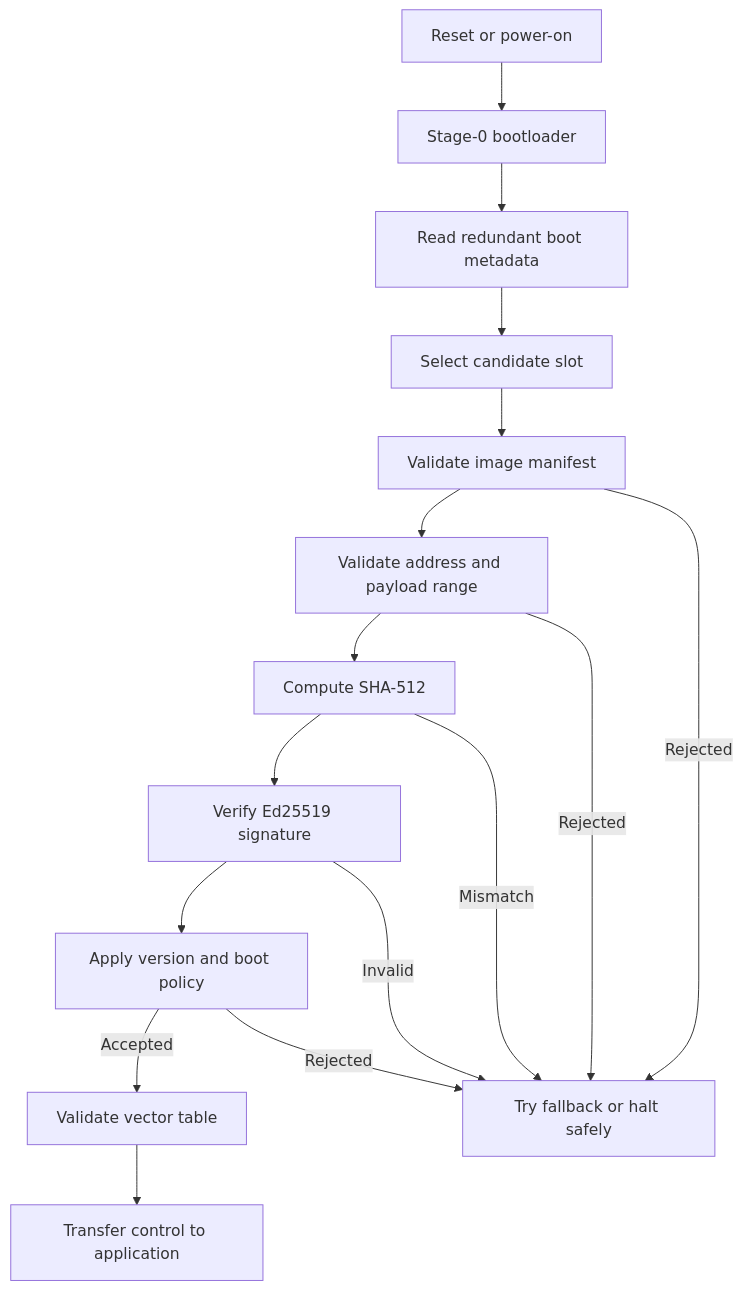
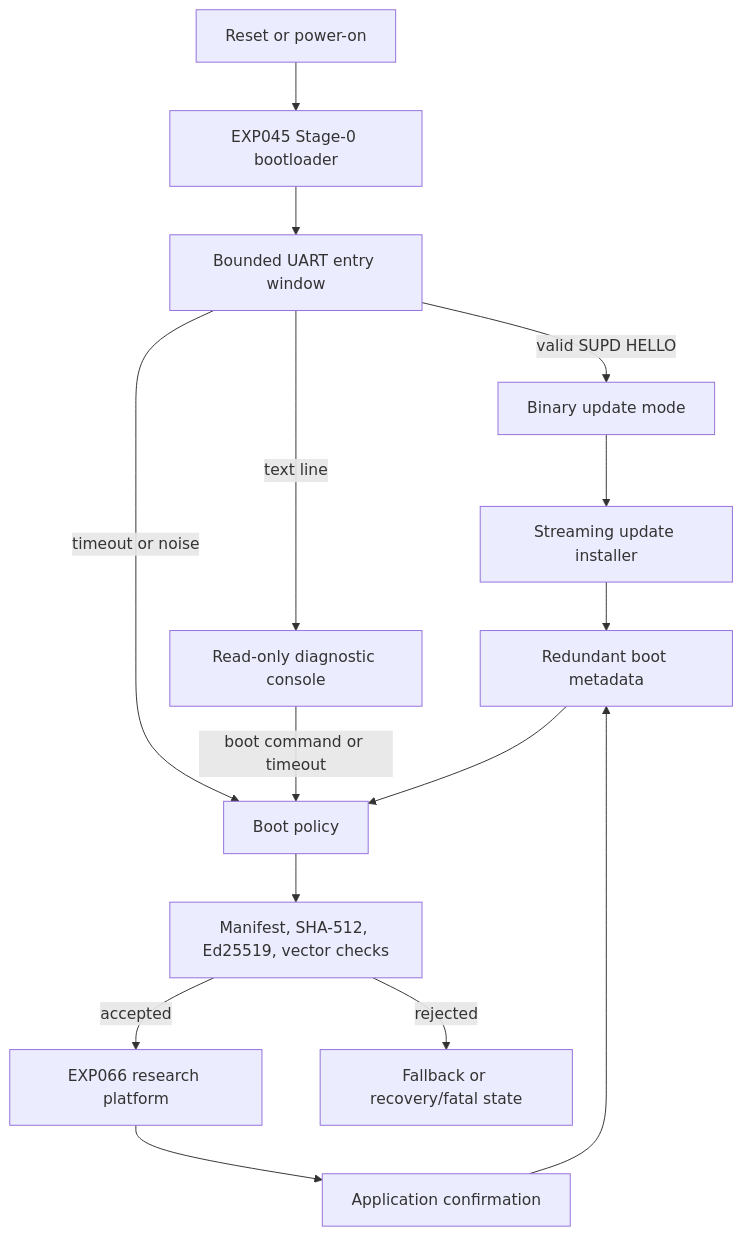
The diagram in README.md (Zimbo88/stm32-security-lab), drawn with Mermaid before and after one commit. The commit also changed other lines of this file and 27 other files, not shown here.

````diff
--- a/README.md
+++ b/README.md
@@ -112,18 +36,17 @@
 ```mermaid
 flowchart TD
-    RESET[Reset or power-on] --> STAGE0[Stage-0 bootloader]
-    STAGE0 --> META[Read redundant boot metadata]
-    META --> SELECT[Select candidate slot]
-    SELECT --> MANIFEST[Validate image manifest]
-    MANIFEST --> RANGE[Validate address and payload range]
-    RANGE --> HASH[Compute SHA-512]
-    HASH --> SIG[Verify Ed25519 signature]
-    SIG --> POLICY[Apply version and boot policy]
-    POLICY -->|Accepted| VECTOR[Validate vector table]
-    VECTOR --> JUMP[Transfer control to application]
-    MANIFEST -->|Rejected| FALLBACK[Try fallback or halt safely]
-    RANGE -->|Rejected| FALLBACK
-    HASH -->|Mismatch| FALLBACK
-    SIG -->|Invalid| FALLBACK
-    POLICY -->|Rejected| FALLBACK
+    Reset[Reset or power-on] --> Bootloader[EXP045 Stage-0 bootloader]
+    Bootloader --> Entry[Bounded UART entry window]
+    Entry -->|valid SUPD HELLO| UpdateMode[Binary update mode]
+    Entry -->|text line| Console[Read-only diagnostic console]
+    Entry -->|timeout or noise| BootPolicy[Boot policy]
+    Console -->|boot command or timeout| BootPolicy
+    UpdateMode --> Installer[Streaming update installer]
+    Installer --> Metadata[Redundant boot metadata]
+    Metadata --> BootPolicy
+    BootPolicy --> Verify[Manifest, SHA-512, Ed25519, vector checks]
+    Verify -->|accepted| App[EXP066 research platform]
+    Verify -->|rejected| Fallback[Fallback or recovery/fatal state]
+    App --> Confirm[Application confirmation]
+    Confirm --> Metadata
 ```
````
